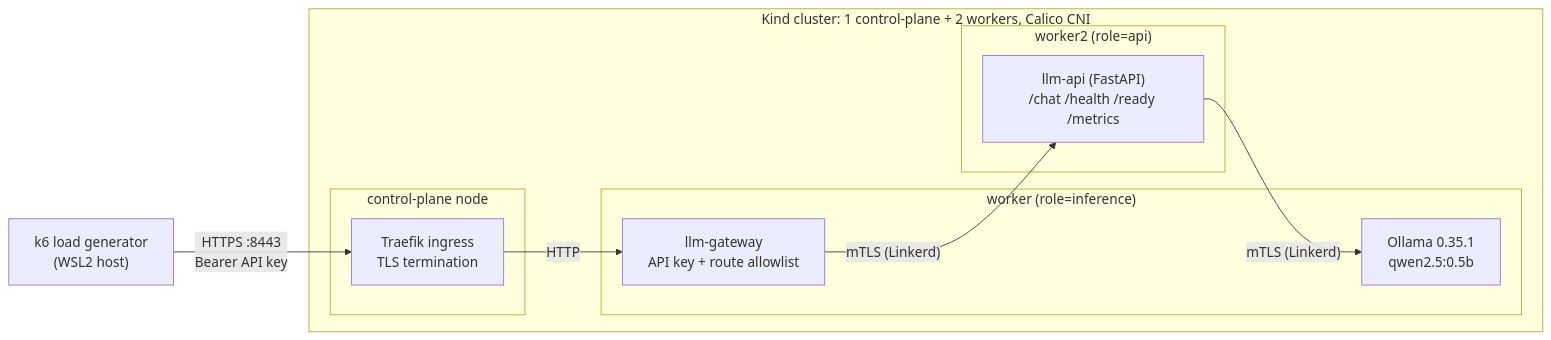
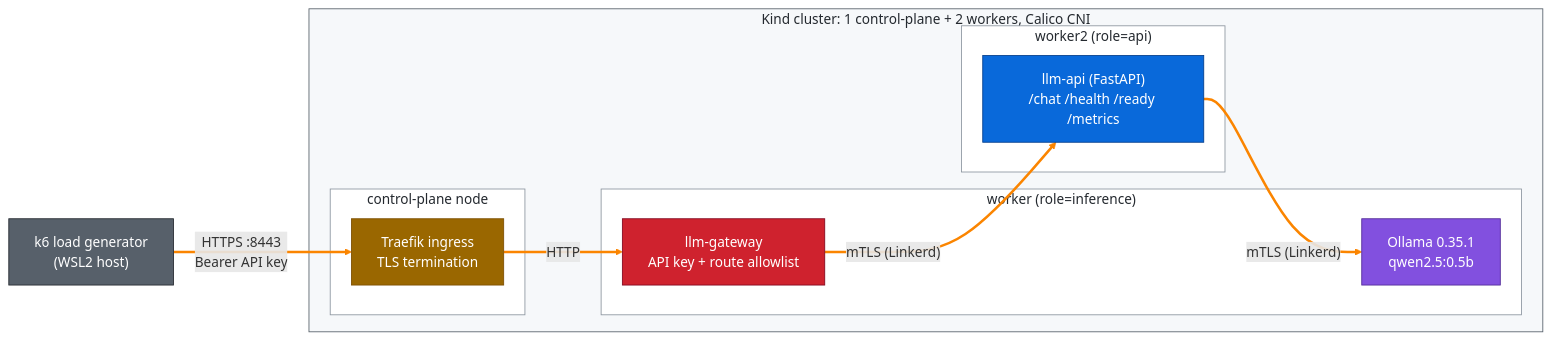
The diagram in README.md (farrukhshafique87/kubernetes-secure-llm-distributed-deployment), drawn with Mermaid before and after one commit.

Commit message:
docs(readme): color the architecture diagram so arrows are visible in dark mode

````diff
--- a/README.md
+++ b/README.md
@@ -30,22 +30,40 @@
 ```mermaid
 flowchart LR
     client["k6 load generator<br/>(WSL2 host)"]
 
     subgraph cluster["Kind cluster: 1 control-plane + 2 workers, Calico CNI"]
         subgraph cp["control-plane node"]
             traefik["Traefik ingress<br/>TLS termination"]
         end
         subgraph w1["worker (role=inference)"]
             gateway["llm-gateway<br/>API key + route allowlist"]
             ollama["Ollama 0.35.1<br/>qwen2.5:0.5b"]
         end
         subgraph w2["worker2 (role=api)"]
             api["llm-api (FastAPI)<br/>/chat /health /ready /metrics"]
         end
     end
 
     client -- "HTTPS :8443<br/>Bearer API key" --> traefik
     traefik -- "HTTP" --> gateway
     gateway -- "mTLS (Linkerd)" --> api
     api -- "mTLS (Linkerd)" --> ollama
+
+    classDef external fill:#57606a,stroke:#24292f,color:#ffffff
+    classDef ingress fill:#9a6700,stroke:#7d4e00,color:#ffffff
+    classDef security fill:#cf222e,stroke:#82071e,color:#ffffff
+    classDef app fill:#0969da,stroke:#033d8b,color:#ffffff
+    classDef model fill:#8250df,stroke:#512a97,color:#ffffff
+    class client external
+    class traefik ingress
+    class gateway security
+    class api app
+    class ollama model
+
+    style cluster fill:#f6f8fa,stroke:#57606a,color:#24292f
+    style cp fill:#ffffff,stroke:#8c959f,color:#24292f
+    style w1 fill:#ffffff,stroke:#8c959f,color:#24292f
+    style w2 fill:#ffffff,stroke:#8c959f,color:#24292f
+
+    linkStyle default stroke:#fb8500,stroke-width:3px
 ```
````
